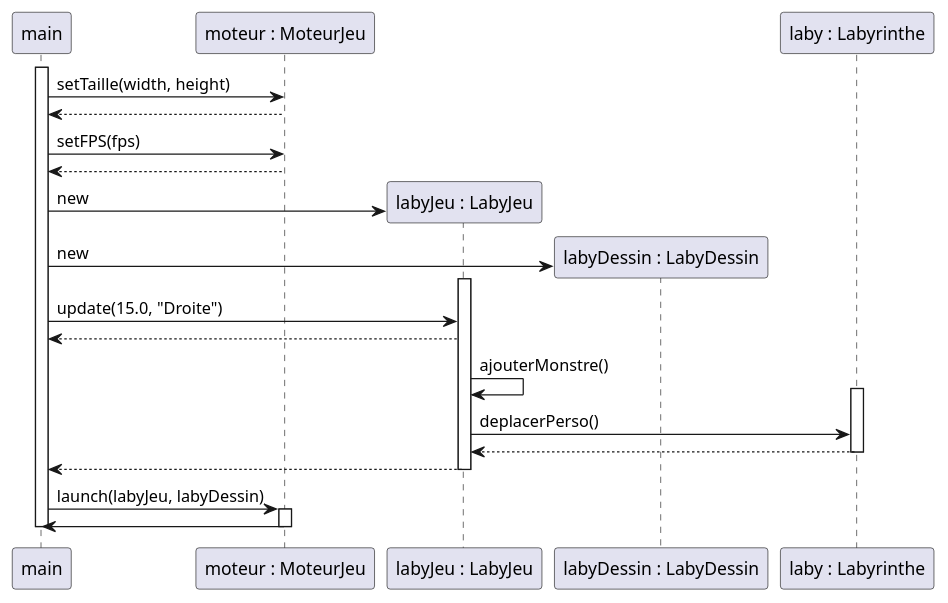
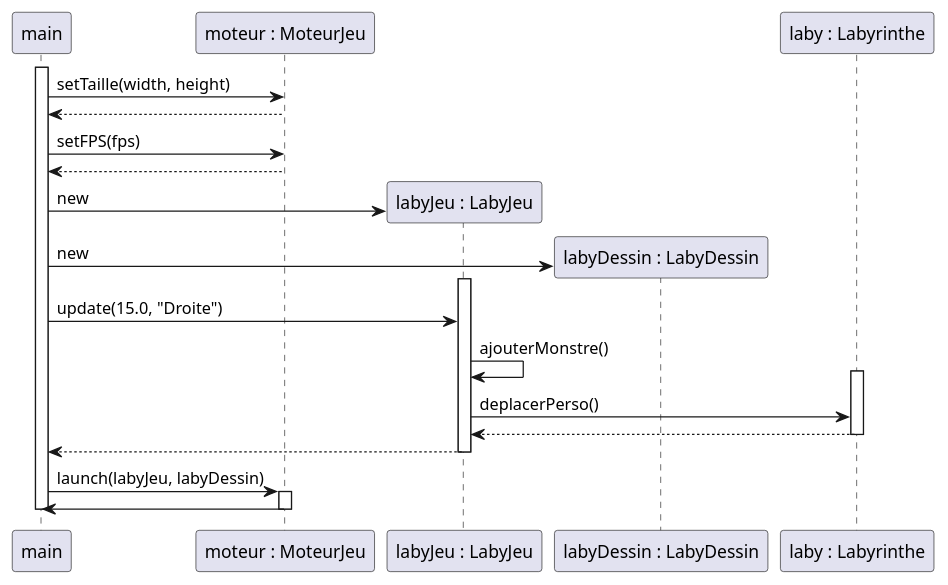
One commit to Zhi-Sheng-Trieu/2022_Zeldiablo_Doan_Oudin_Trieu_Noel changed the diagram in documents/version_2/diagSequenceGenerationMonstres.puml. Above: the diagram before and after it, drawn with PlantUML.

Commit message:
diag sequence monstres

```diff
--- a/documents/version_2/diagSequenceGenerationMonstres.puml
+++ b/documents/version_2/diagSequenceGenerationMonstres.puml
@@ -1,38 +1,37 @@
 @startuml
 participant "main" as main
 participant "moteur : MoteurJeu" as moteur
 participant "labyJeu : LabyJeu" as labyJeu
 participant "labyDessin : LabyDessin" as labyDessin
 participant "laby : Labyrinthe" as laby
 
 
 activate main
     main -> moteur : setTaille(width, height)
     moteur --> main
     main -> moteur : setFPS(fps)
     moteur --> main
     create labyJeu
     main -> labyJeu : new
     create labyDessin
     main -> labyDessin : new
 
     activate labyJeu
         main -> labyJeu : update(15.0, "Droite")
-        labyJeu --> main
         labyJeu -> labyJeu : ajouterMonstre()
         activate laby
             labyJeu -> laby : deplacerPerso()
             laby --> labyJeu
         deactivate laby
 
     labyJeu --> main
     deactivate labyJeu
 
     main -> moteur : launch(labyJeu, labyDessin)
     activate moteur
     moteur -> main
     deactivate moteur
 
 deactivate main
 
 @enduml
```
